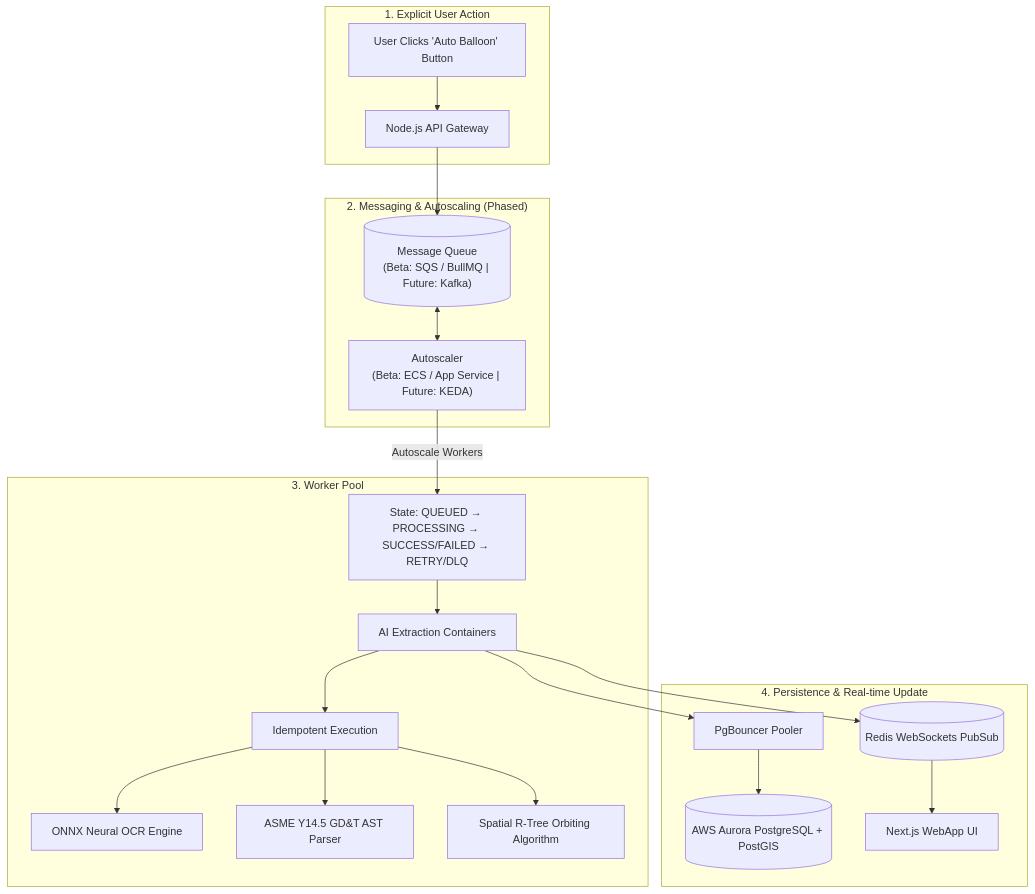
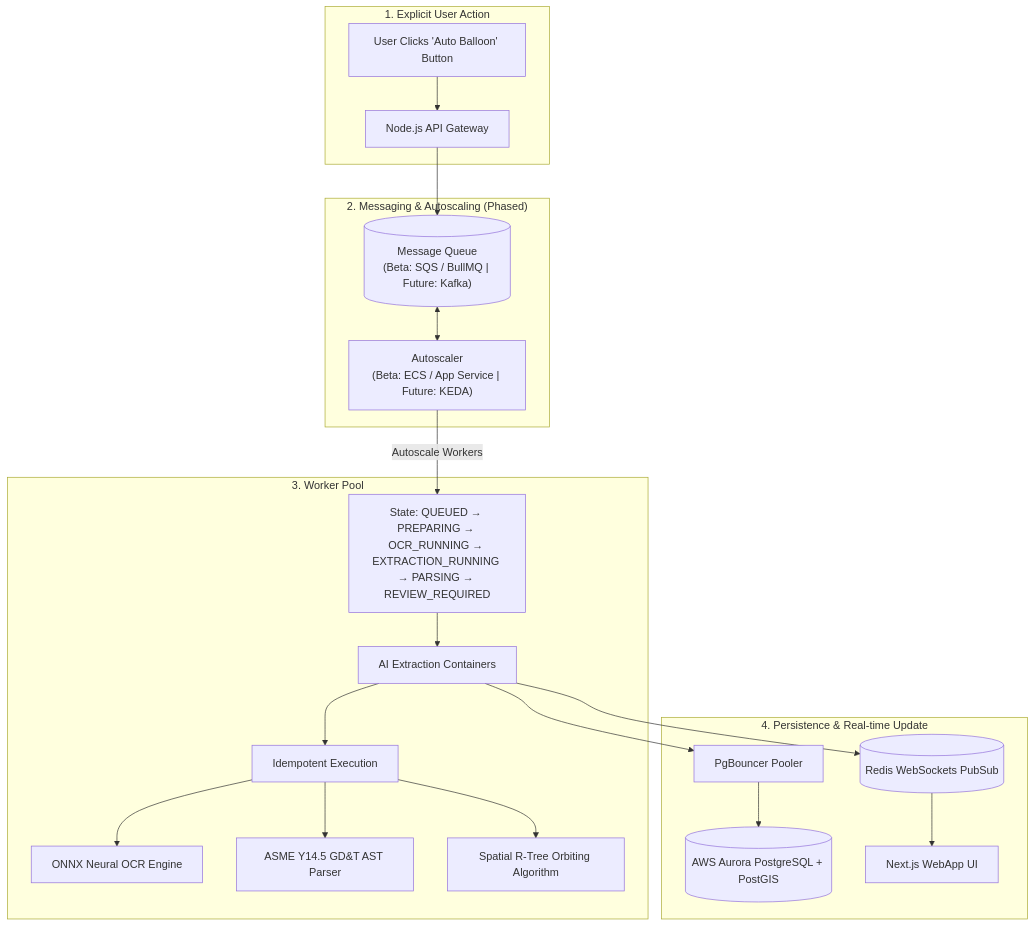
The third of 5 diagrams in Phase_3_System_Architecture_Stages.md (LoonistApp/Loonist), drawn with Mermaid before and after one commit. The commit also changed other lines of this file and 3 other files, not shown here.

Commit message:
Design the complete architecture

````diff
--- a/Phase_3_System_Architecture_Stages.md
+++ b/Phase_3_System_Architecture_Stages.md
@@ -69,37 +69,37 @@
 ```mermaid
 flowchart TD
     subgraph Trigger ["1. Explicit User Action"]
         UserClick["User Clicks 'Auto Balloon' Button"]
         API["Node.js API Gateway"]
     end
 
     subgraph Queue ["2. Messaging & Autoscaling (Phased)"]
         MessageQueue[("Message Queue\n(Beta: SQS / BullMQ | Future: Kafka)")]
         Autoscaler["Autoscaler\n(Beta: ECS / App Service | Future: KEDA)"]
     end
 
     subgraph Workers ["3. Worker Pool"]
-        JobState["State: QUEUED → PROCESSING → SUCCESS/FAILED → RETRY/DLQ"]
+        JobState["State: QUEUED → PREPARING → OCR_RUNNING → EXTRACTION_RUNNING → PARSING → REVIEW_REQUIRED"]
         Idempotency["Idempotent Execution"]
         WorkerPool["AI Extraction Containers"]
         ONNX["ONNX Neural OCR Engine"]
         GDTParser["ASME Y14.5 GD&T AST Parser"]
         RTree["Spatial R-Tree Orbiting Algorithm"]
     end
 
     subgraph Sync ["4. Persistence & Real-time Update"]
         PgBouncer["PgBouncer Pooler"]
         Postgres[("AWS Aurora PostgreSQL + PostGIS")]
         RedisWS[("Redis WebSockets PubSub")]
         UI["Next.js WebApp UI"]
     end
 
     UserClick --> API --> MessageQueue
     MessageQueue <--> Autoscaler
     Autoscaler -->|Autoscale Workers| JobState
     JobState --> WorkerPool
     WorkerPool --> Idempotency
     Idempotency --> ONNX & GDTParser & RTree
     WorkerPool --> PgBouncer --> Postgres
     WorkerPool --> RedisWS --> UI
 ```
````
